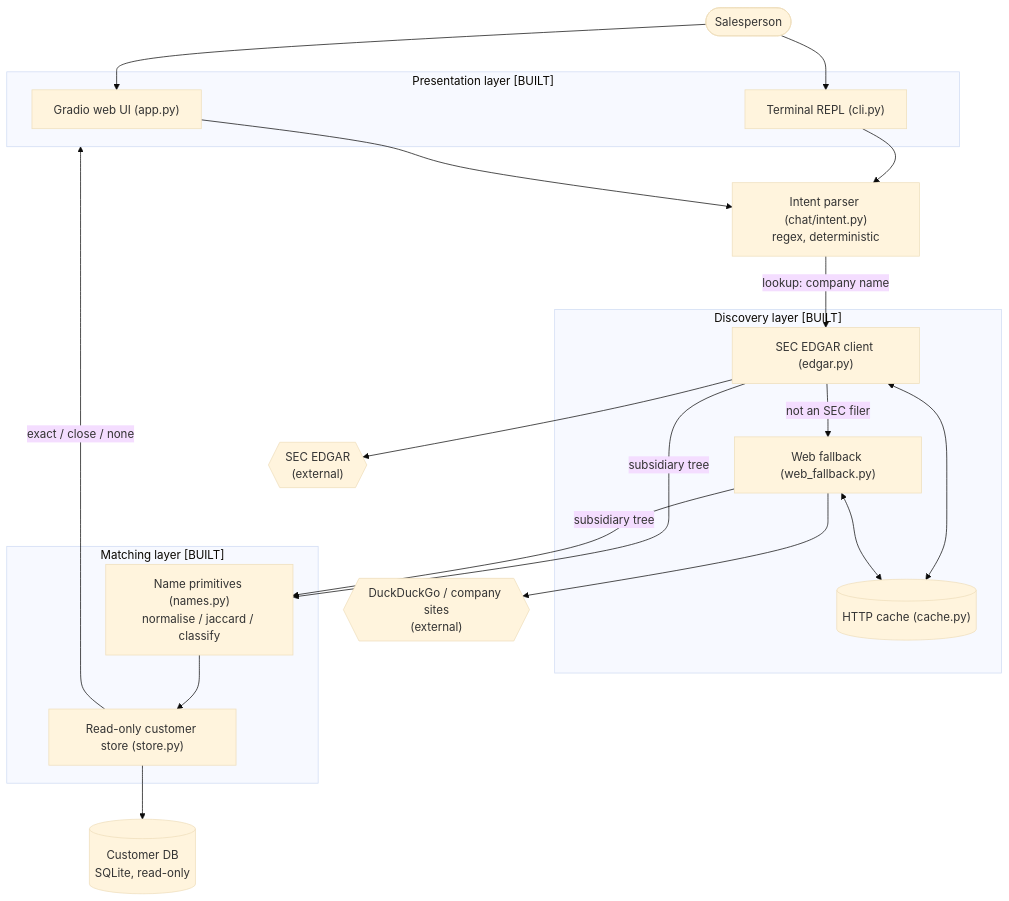
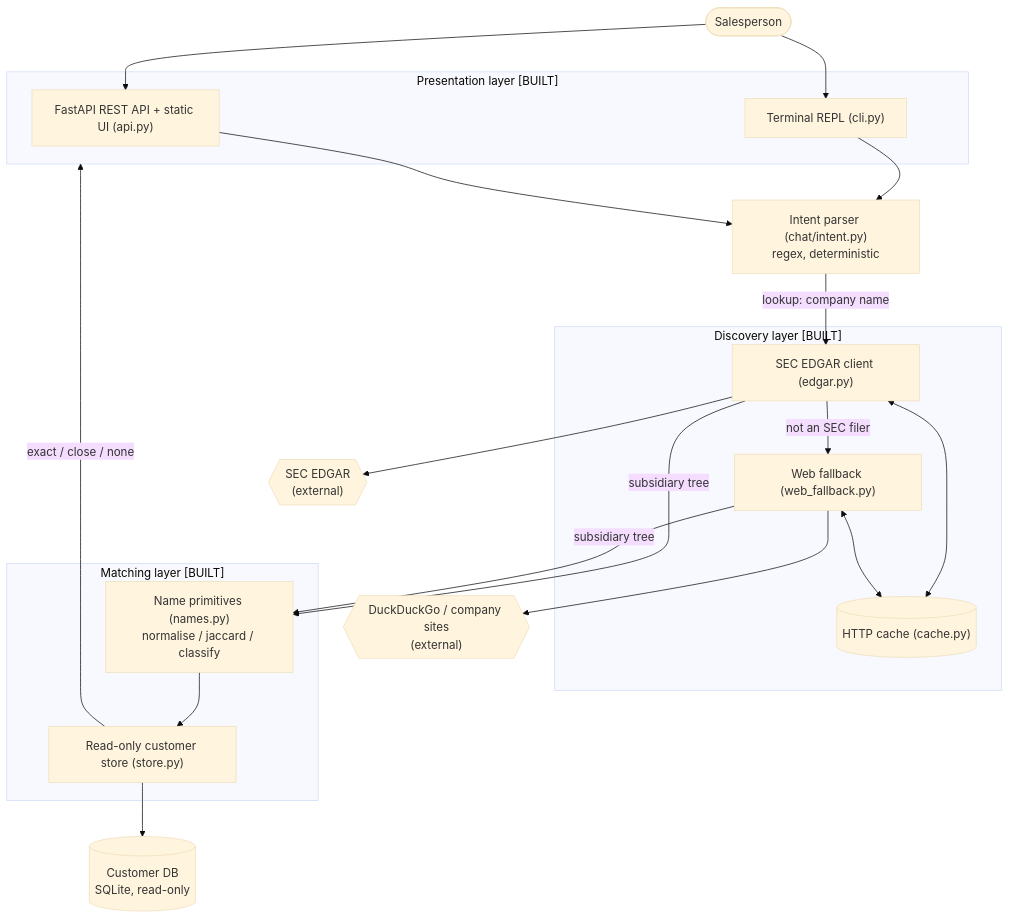
The first of 2 diagrams in docs/architecture.md (mahadevaiahrashmi/sales_lead_research), drawn with Mermaid (base theme) before and after one commit. The commit also changed other lines of this file and 6 other files, not shown here.

First line of the commit message:
docs: record the REST API + EKS architecture (ADR-0006); refresh docs

````diff
--- a/docs/architecture.md
+++ b/docs/architecture.md
@@ -53,38 +53,38 @@
 ```mermaid
 flowchart TD
     User([Salesperson])
     subgraph UI["Presentation layer  [BUILT]"]
         CLI["Terminal REPL (cli.py)"]
-        WEB["Gradio web UI (app.py)"]
+        WEB["FastAPI REST API + static UI (api.py)"]
     end
     INTENT["Intent parser (chat/intent.py)\nregex, deterministic"]
 
     subgraph DISC["Discovery layer  [BUILT]"]
         EDGAR["SEC EDGAR client (edgar.py)"]
         FALLBACK["Web fallback (web_fallback.py)"]
         CACHE[("HTTP cache (cache.py)")]
     end
 
     subgraph MATCH["Matching layer  [BUILT]"]
         NAMES["Name primitives (names.py)\nnormalise / jaccard / classify"]
         STORE["Read-only customer store (store.py)"]
     end
 
     CUSTDB[("Customer DB\nSQLite, read-only")]
     SEC{{"SEC EDGAR\n(external)"}}
     DDG{{"DuckDuckGo / company sites\n(external)"}}
 
     User --> CLI & WEB
     CLI & WEB --> INTENT
     INTENT -->|lookup: company name| EDGAR
     EDGAR -->|not an SEC filer| FALLBACK
     EDGAR <--> CACHE
     FALLBACK <--> CACHE
     EDGAR --> SEC
     FALLBACK --> DDG
     EDGAR -->|subsidiary tree| NAMES
     FALLBACK -->|subsidiary tree| NAMES
     NAMES --> STORE
     STORE --> CUSTDB
     STORE -->|exact / close / none| UI
 ```
````
